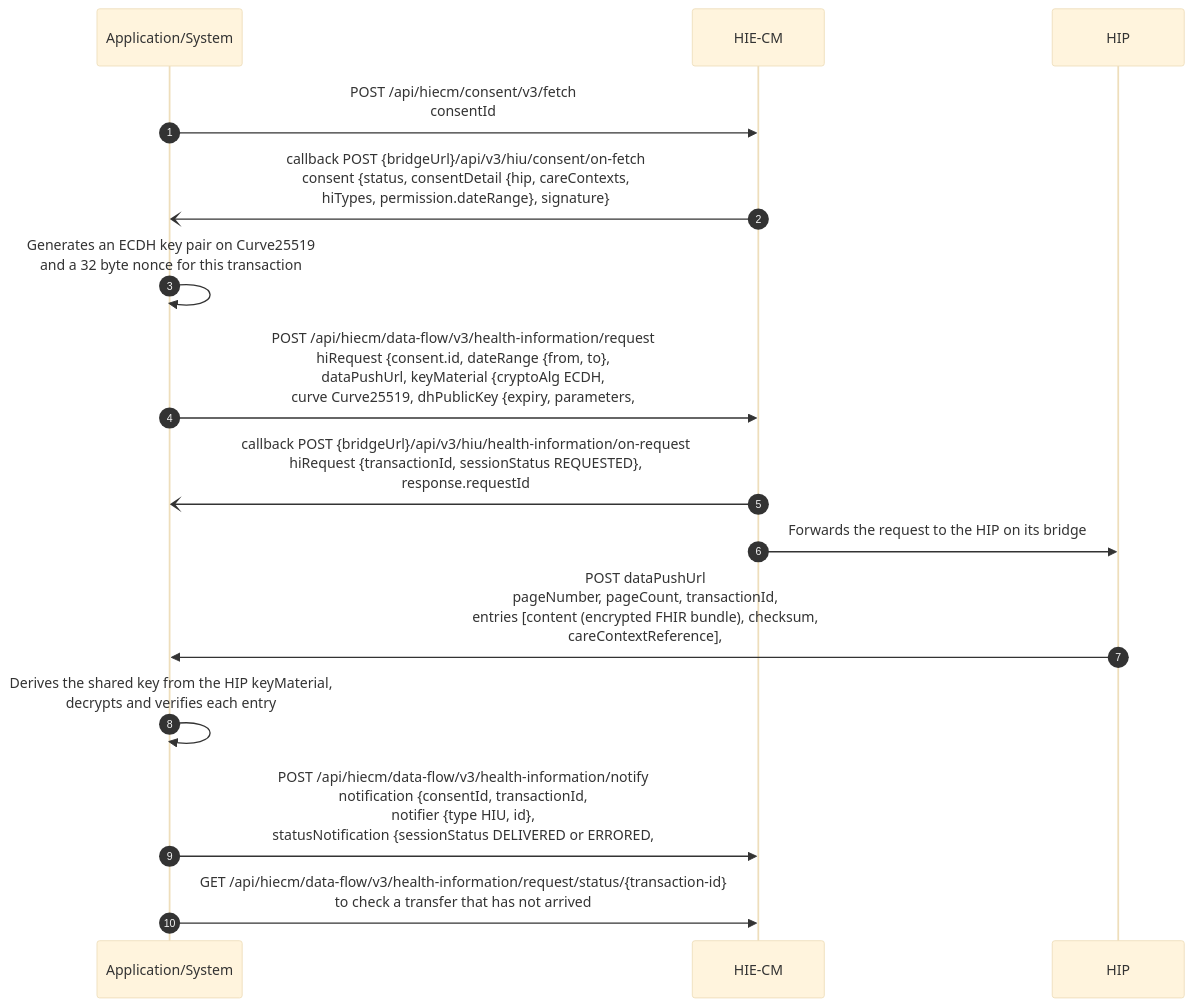
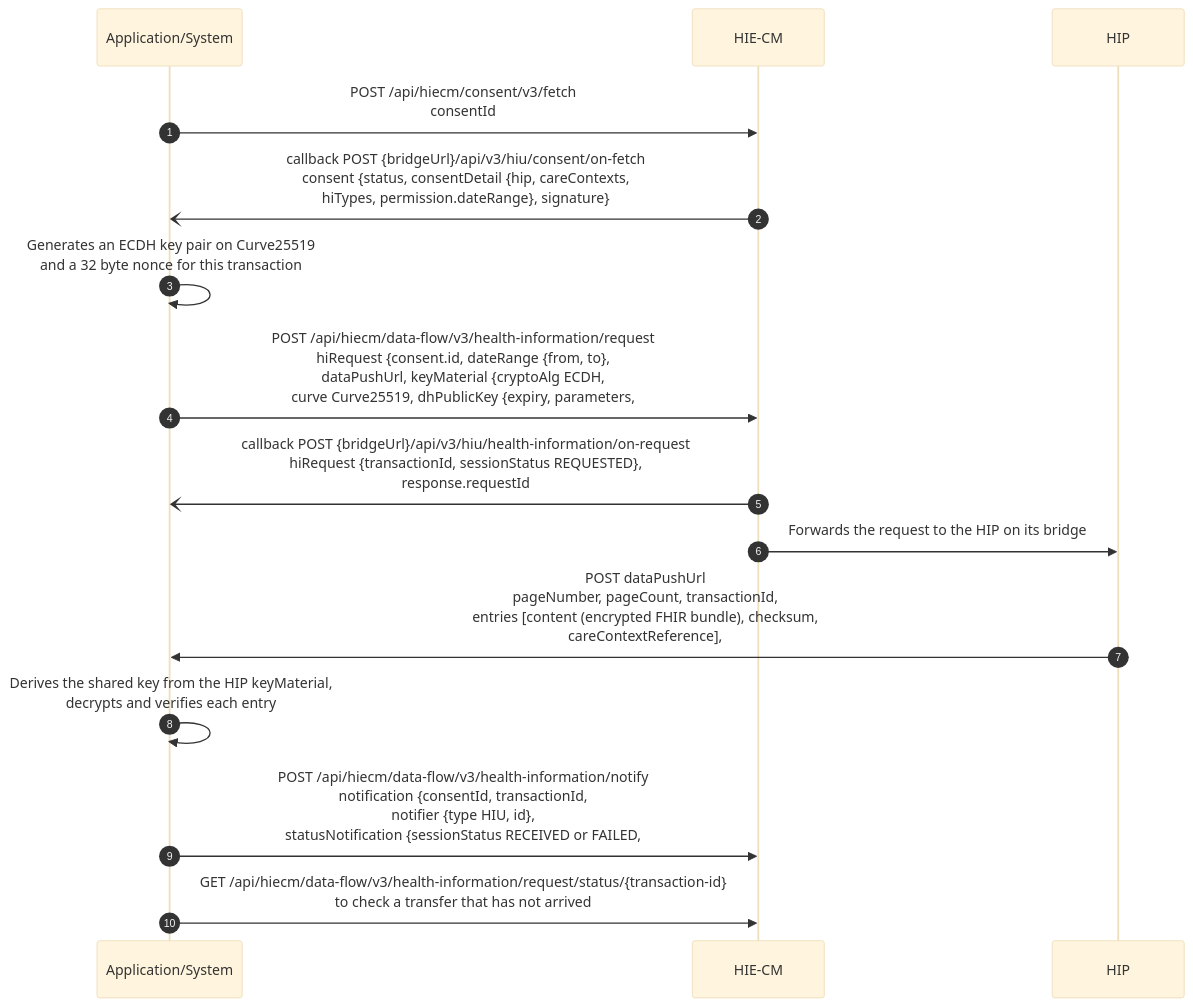
The fourth of 4 diagrams in site/docs/hiecm/v3/milestones/m3.mdx (nha-in/docs), drawn with Mermaid (base theme) before and after one commit. The commit also changed other lines of this file and 30 other files, not shown here.

````diff
--- a/site/docs/hiecm/v3/milestones/m3.mdx
+++ b/site/docs/hiecm/v3/milestones/m3.mdx
@@ -212,17 +212,17 @@
 ```mermaid
 sequenceDiagram
     autonumber
     participant S as Application/System
     participant CM as HIE-CM
     participant H as HIP
     S->>CM: POST /api/hiecm/consent/v3/fetch<br/>consentId
     CM-)S: callback POST {bridgeUrl}/api/v3/hiu/consent/on-fetch<br/>consent {status, consentDetail {hip, careContexts,<br/>hiTypes, permission.dateRange}, signature}
     S->>S: Generates an ECDH key pair on Curve25519<br/>and a 32 byte nonce for this transaction
     S->>CM: POST /api/hiecm/data-flow/v3/health-information/request<br/>hiRequest {consent.id, dateRange {from, to},<br/>dataPushUrl, keyMaterial {cryptoAlg ECDH,<br/>curve Curve25519, dhPublicKey {expiry, parameters,
     CM-)S: callback POST {bridgeUrl}/api/v3/hiu/health-information/on-request<br/>hiRequest {transactionId, sessionStatus REQUESTED},<br/>response.requestId
     CM->>H: Forwards the request to the HIP on its bridge
     H->>S: POST dataPushUrl<br/>pageNumber, pageCount, transactionId,<br/>entries [content (encrypted FHIR bundle), checksum,<br/>careContextReference],
     S->>S: Derives the shared key from the HIP keyMaterial,<br/>decrypts and verifies each entry
-    S->>CM: POST /api/hiecm/data-flow/v3/health-information/notify<br/>notification {consentId, transactionId,<br/>notifier {type HIU, id},<br/>statusNotification {sessionStatus DELIVERED or ERRORED,
+    S->>CM: POST /api/hiecm/data-flow/v3/health-information/notify<br/>notification {consentId, transactionId,<br/>notifier {type HIU, id},<br/>statusNotification {sessionStatus RECEIVED or FAILED,
     S->>CM: GET /api/hiecm/data-flow/v3/health-information/request/status/{transaction-id}<br/>to check a transfer that has not arrived
 ```
````
